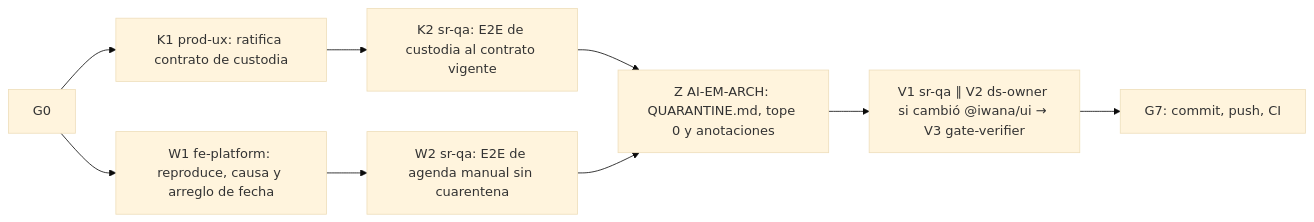
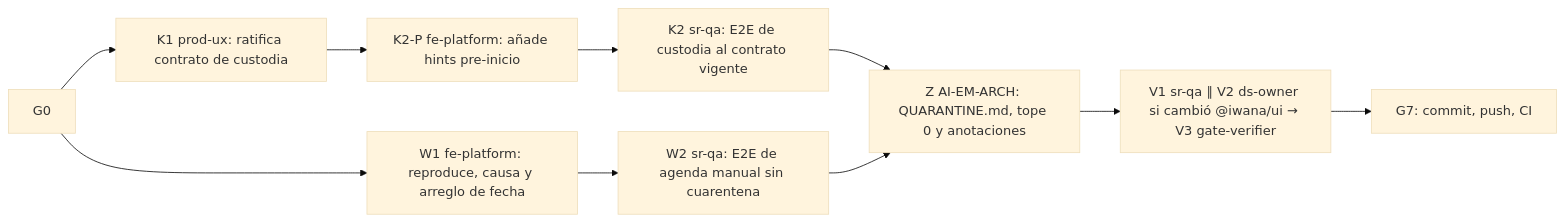
Before and after one commit to Sleybc/iWana-neXt: the diagram in docs/plans/2026-10-20-transversal-cuarentenas-e2e.md, drawn with Mermaid (base theme). The commit also changed other lines of this file and 20 other files, not shown here.

````diff
--- a/docs/plans/2026-10-20-transversal-cuarentenas-e2e.md
+++ b/docs/plans/2026-10-20-transversal-cuarentenas-e2e.md
@@ -23,8 +23,8 @@
 ```mermaid
 flowchart LR
   G0 --> K1[K1 prod-ux: ratifica contrato de custodia] & W1[W1 fe-platform: reproduce, causa y arreglo de fecha]
-  K1 --> K2[K2 sr-qa: E2E de custodia al contrato vigente]
+  K1 --> K2P[K2-P fe-platform: añade hints pre-inicio] --> K2[K2 sr-qa: E2E de custodia al contrato vigente]
   W1 --> W2[W2 sr-qa: E2E de agenda manual sin cuarentena]
   K2 & W2 --> Z[Z AI-EM-ARCH: QUARANTINE.md, tope 0 y anotaciones]
   Z --> V[V1 sr-qa ∥ V2 ds-owner si cambió @iwana/ui → V3 gate-verifier] --> G7[G7: commit, push, CI]
 ```
````
